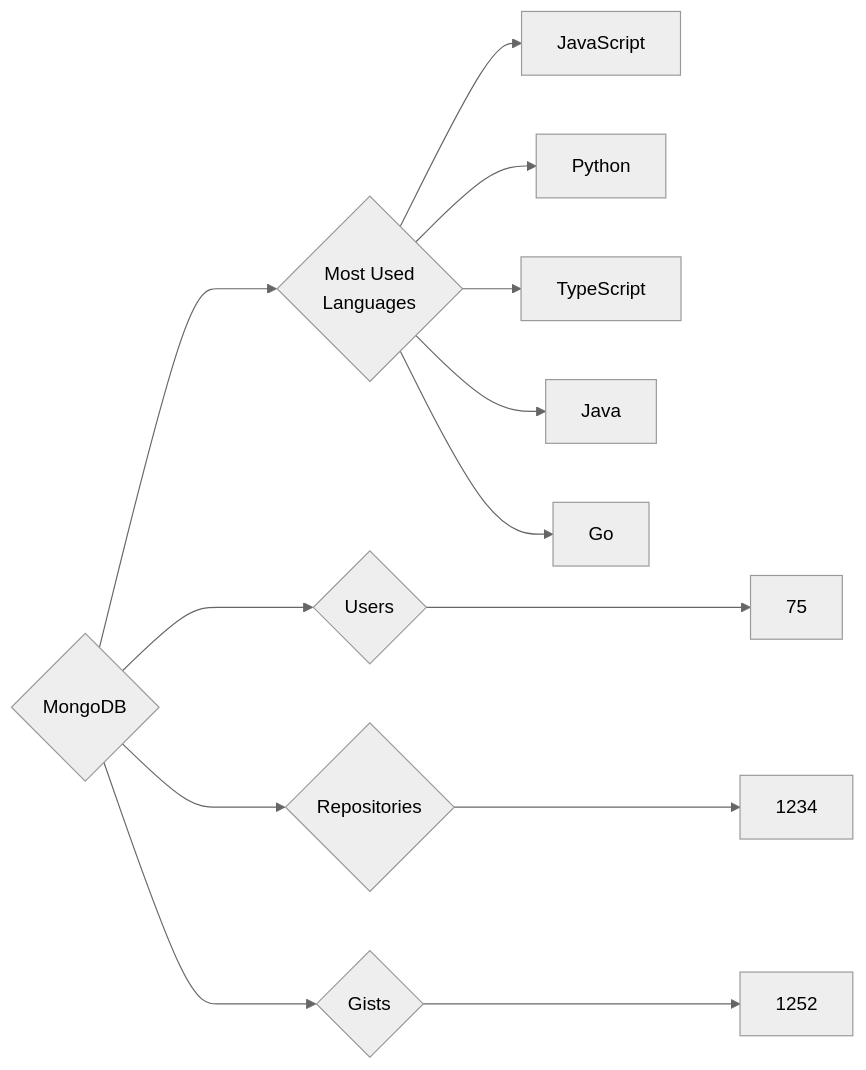
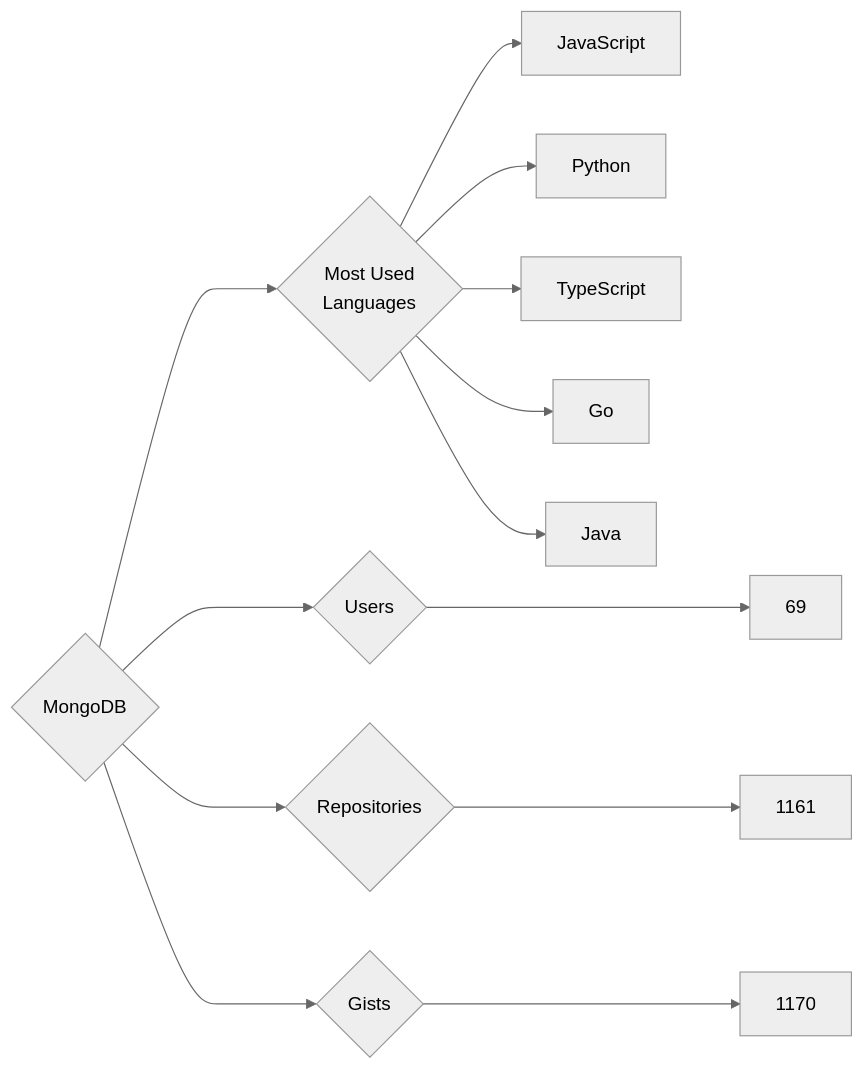
Before and after one commit to trickest/insiders: the diagram in targets/MongoDB/README.md, drawn with Mermaid (neutral theme). The commit also changed 953 other files, not shown here.

````diff
--- a/targets/MongoDB/README.md
+++ b/targets/MongoDB/README.md
@@ -3,13 +3,13 @@
 ```mermaid
 graph LR
 COMPANY_NAME{MongoDB}
-COMPANY_NAME ---> U{Users} ---> UN[75]
-COMPANY_NAME ---> R{Repositories} ---> RN[1234]
-COMPANY_NAME ---> G{Gists} ---> GN[1252]
+COMPANY_NAME ---> U{Users} ---> UN[69]
+COMPANY_NAME ---> R{Repositories} ---> RN[1161]
+COMPANY_NAME ---> G{Gists} ---> GN[1170]
 COMPANY_NAME ---> ML{Most Used<br>Languages}
 ML --> JavaScript[JavaScript]
 ML --> Python[Python]
 ML --> TypeScript[TypeScript]
+ML --> Go[Go]
 ML --> Java[Java]
-ML --> Go[Go]
 ```
````
